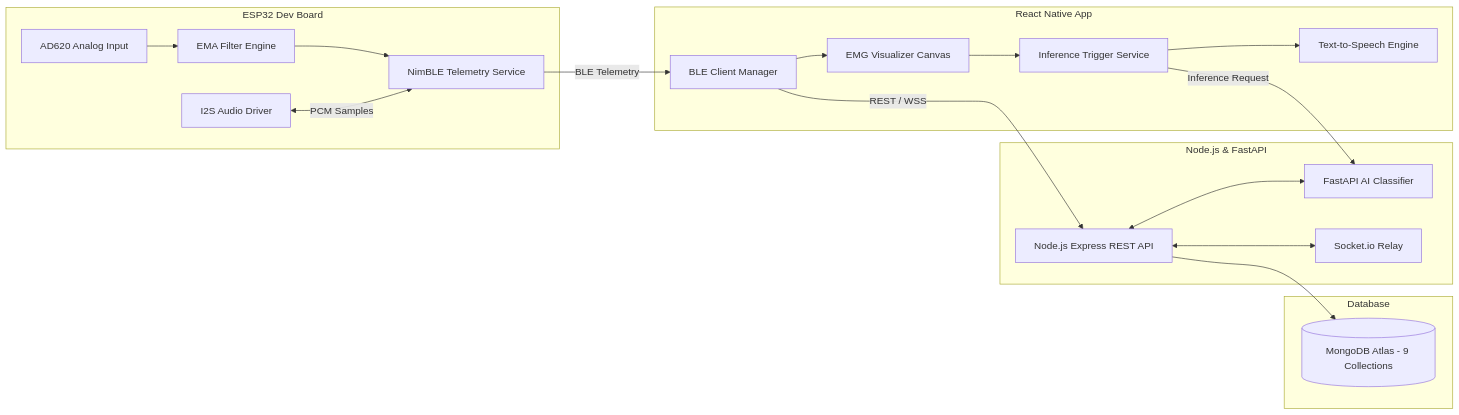
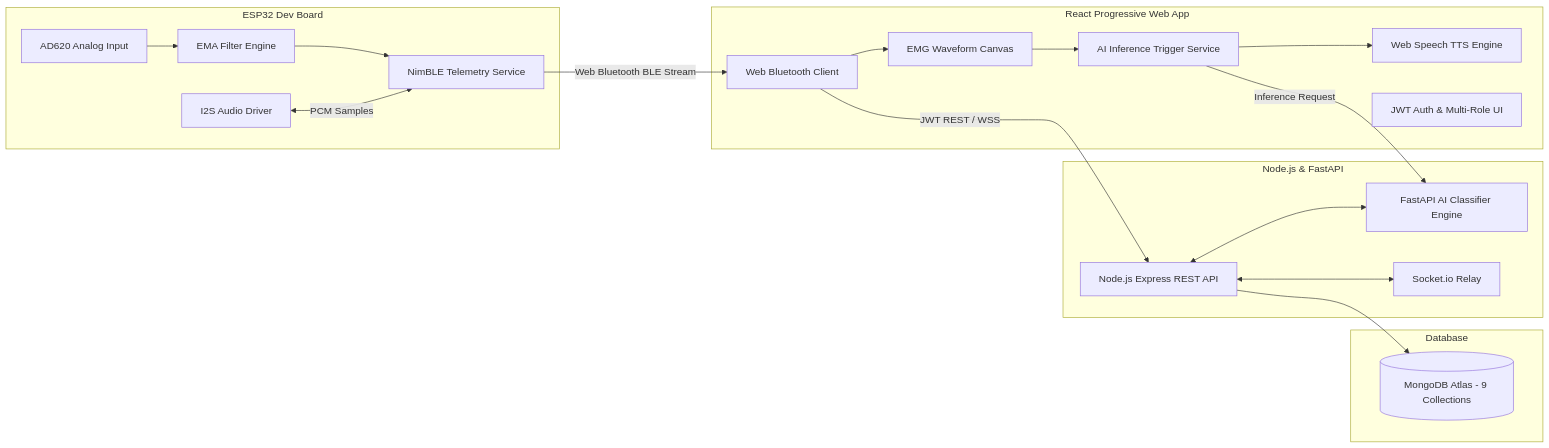
The second of 3 diagrams in PROJECT_CONTEXT.md (srividya1004/voiceback), drawn with Mermaid before and after one commit. The commit also changed other lines of this file and 23 other files, not shown here.

````diff
--- a/PROJECT_CONTEXT.md
+++ b/PROJECT_CONTEXT.md
@@ -80,28 +80,29 @@
 ```mermaid
 graph LR
     subgraph Firmware Layer [ESP32 Dev Board]
         A1[AD620 Analog Input] --> A2[EMA Filter Engine]
         A2 --> A3[NimBLE Telemetry Service]
         A4[I2S Audio Driver] <-- PCM Samples --> A3
     end
 
-    subgraph Mobile Layer [React Native App]
-        B1[BLE Client Manager] --> B2[EMG Visualizer Canvas]
-        B2 --> B3[Inference Trigger Service]
-        B3 --> B4[Text-to-Speech Engine]
+    subgraph Client Layer [React Progressive Web App]
+        B1[Web Bluetooth Client] --> B2[EMG Waveform Canvas]
+        B2 --> B3[AI Inference Trigger Service]
+        B3 --> B4[Web Speech TTS Engine]
+        B5[JWT Auth & Multi-Role UI]
     end
 
     subgraph Backend Services [Node.js & FastAPI]
-        C1[Node.js Express REST API] <--> C2[FastAPI AI Classifier]
+        C1[Node.js Express REST API] <--> C2[FastAPI AI Classifier Engine]
         C1 <--> C3[Socket.io Relay]
     end
 
     subgraph Database
         D1[(MongoDB Atlas - 9 Collections)]
     end
 
-    A3 -- BLE Telemetry --> B1
+    A3 -- Web Bluetooth BLE Stream --> B1
     B3 -- Inference Request --> C2
-    B1 -- REST / WSS --> C1
+    B1 -- JWT REST / WSS --> C1
     C1 --> D1
 ```
````
